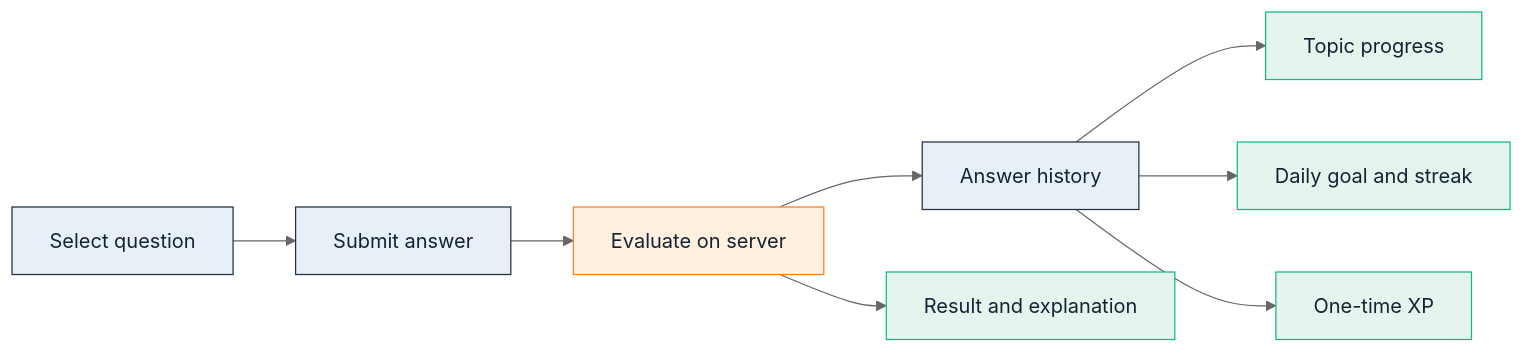
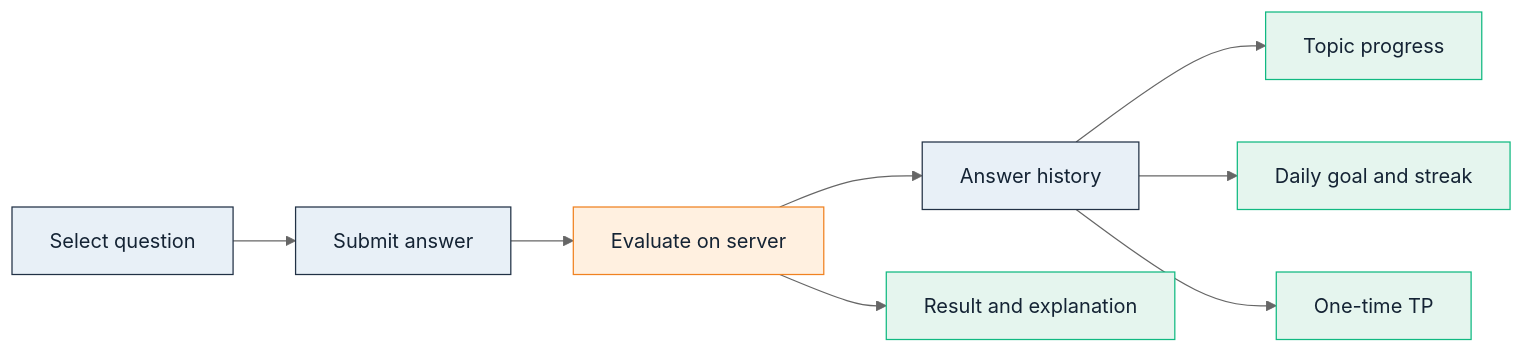
Before and after one commit to keminbtepe/KPSS-ODAK: the eighth of 12 diagrams in README.md, drawn with Mermaid (neutral theme). The commit also changed other lines of this file and 8 other files, not shown here.

````diff
--- a/README.md
+++ b/README.md
@@ -922,16 +1029,16 @@
 ```mermaid
 flowchart LR
     Q["Select question"] --> A["Submit answer"]
     A --> V["Evaluate on server"]
     V --> R["Answer history"]
     R --> P["Topic progress"]
     R --> D["Daily goal and streak"]
-    R --> X["One-time XP"]
+    R --> X["One-time TP"]
     V --> S["Result and explanation"]
     classDef neutral fill:#e8f0f7,stroke:#213145,color:#142334;
     classDef active fill:#fff0e0,stroke:#f08221,color:#142334;
     classDef result fill:#e5f5ee,stroke:#10b981,color:#142334;
     class Q,A,R neutral;
     class V active;
     class P,D,X,S result;
 ```
````
